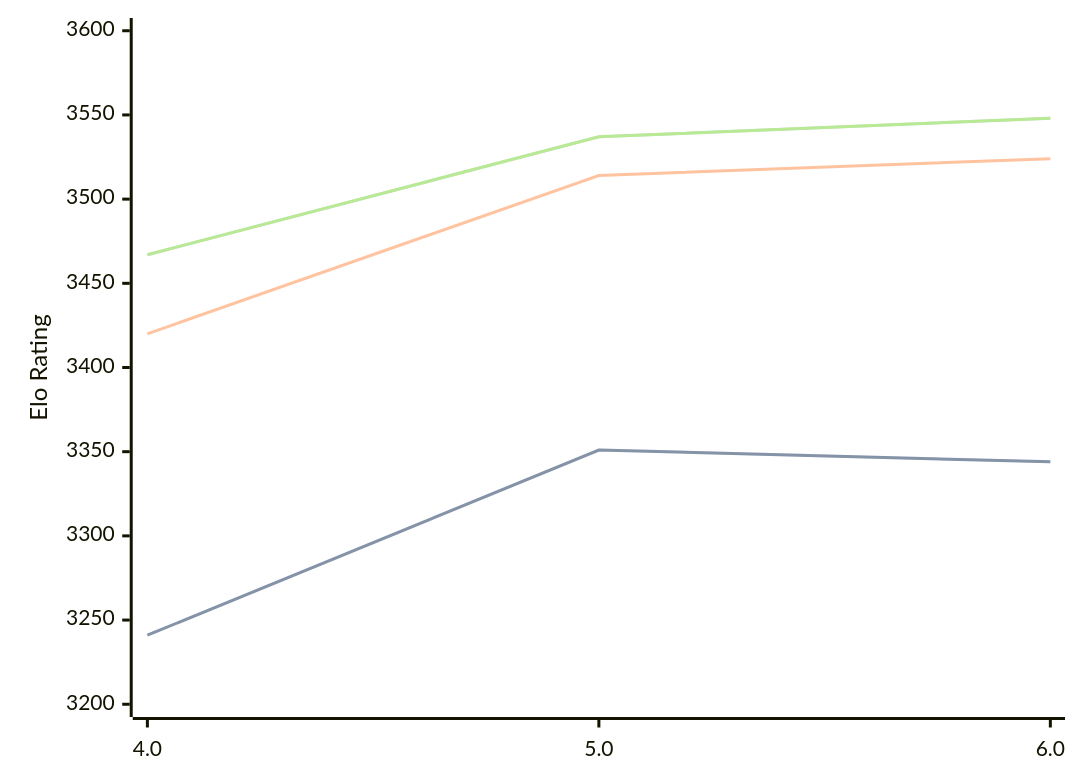
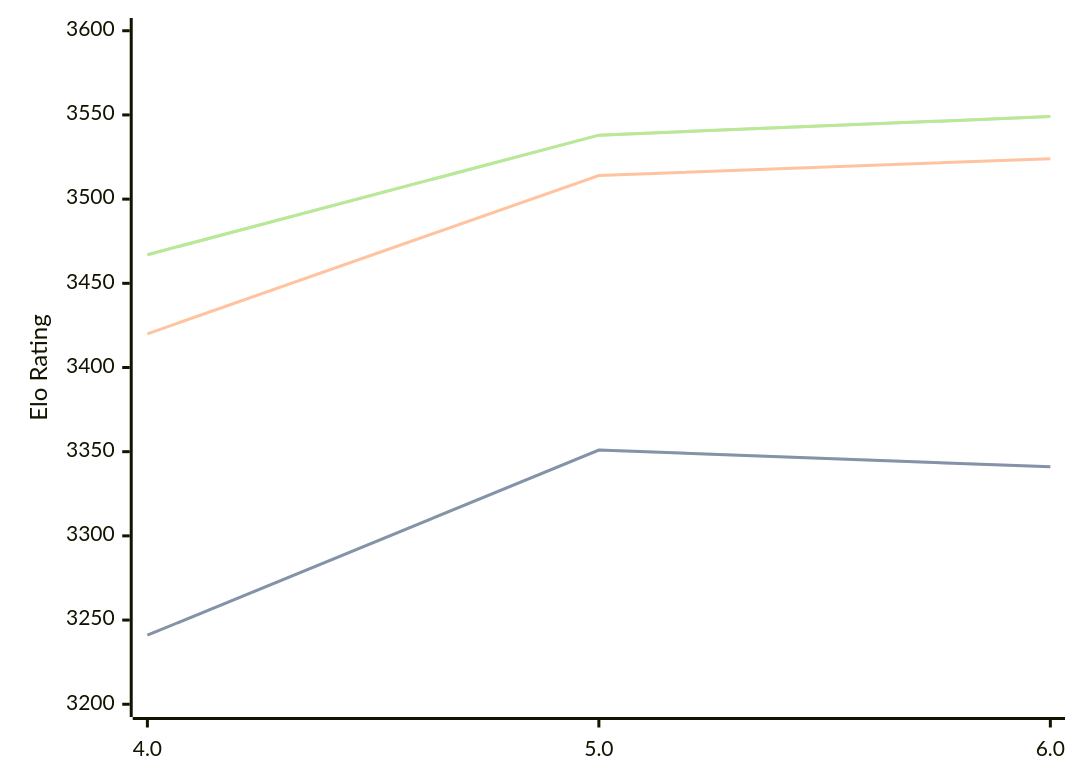
Before and after one commit to computer-chess-index/cci: the first of 3 diagrams in engines/Tarnished.md, drawn with Mermaid. The commit also changed other lines of this file, not shown here.

Commit message:
Update CCI Ratings (ELO VLTC) - 2026-06-30

````diff
--- a/engines/Tarnished.md
+++ b/engines/Tarnished.md
@@ -37,11 +37,11 @@
 ```mermaid
 %%{init: {"theme":"base","themeVariables":{"seriesColors:['#a3a3a3','#222221','#faa371']}}}%%
 xychart-beta
   x-axis ["4.0", "5.0", "6.0"]
   y-axis "Elo Rating" 3200 --> 3600
-  line "STC (8.0+0.08s)" [3241, 3351, 3344]
-  line "STC (8.0+0.08s)" [3241, 3351, 3344]
+  line "STC (8.0+0.08s)" [3241, 3351, 3341]
+  line "STC (8.0+0.08s)" [3241, 3351, 3341]
   line "LTC (60.0+0.60s)" [3420, 3514, 3524]
-  line "VLTC (2m24s+1.12s)" [3467, 3537, 3548]
-  line "VLTC (2m24s+1.12s)" [3467, 3537, 3548]
+  line "VLTC (2m24s+1.12s)" [3467, 3538, 3549]
+  line "VLTC (2m24s+1.12s)" [3467, 3538, 3549]
 ```
````
